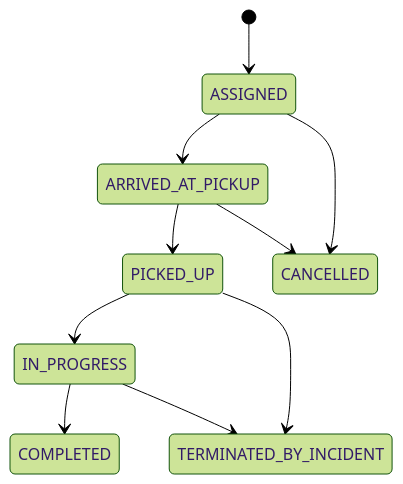
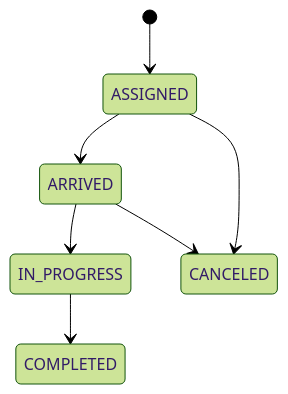
Before and after one commit to HHT777/23659411_HuynhHuuTuan_CABsystem: the first of 2 diagrams in SRS.md, drawn with Mermaid (forest theme). The commit also changed other lines of this file and 3 other files, not shown here.

````diff
--- a/SRS.md
+++ b/SRS.md
@@ -875,12 +165,9 @@
 ```mermaid
 stateDiagram-v2
-[*] --> ASSIGNED
-ASSIGNED --> ARRIVED_AT_PICKUP
-ARRIVED_AT_PICKUP --> PICKED_UP
-PICKED_UP --> IN_PROGRESS
-IN_PROGRESS --> COMPLETED
-ASSIGNED --> CANCELLED
-ARRIVED_AT_PICKUP --> CANCELLED
-PICKED_UP --> TERMINATED_BY_INCIDENT
-IN_PROGRESS --> TERMINATED_BY_INCIDENT
+  [*] --> ASSIGNED
+  ASSIGNED --> ARRIVED
+  ARRIVED --> IN_PROGRESS
+  IN_PROGRESS --> COMPLETED
+  ASSIGNED --> CANCELED
+  ARRIVED --> CANCELED
 ```
````
